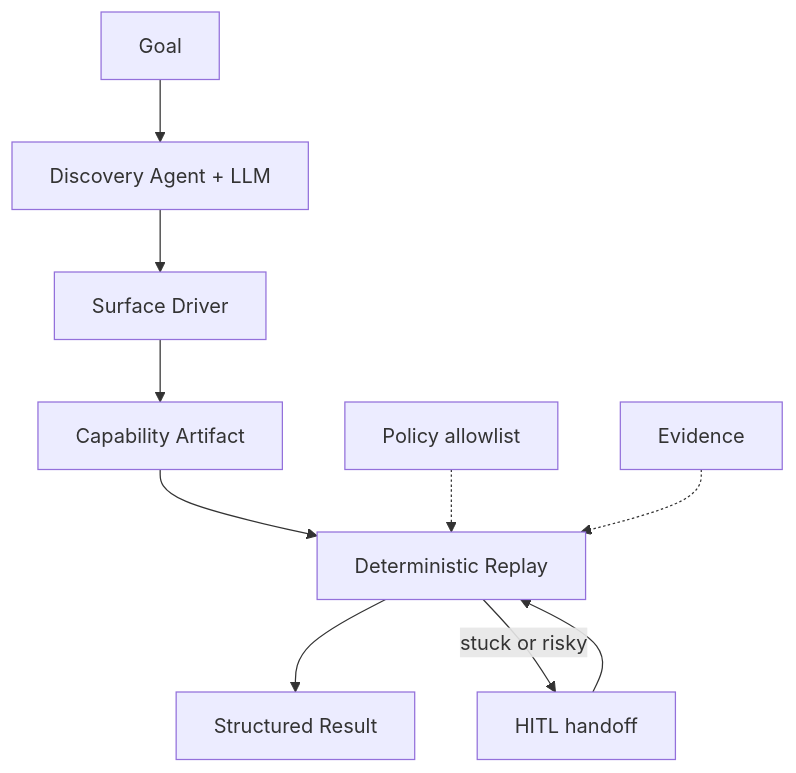
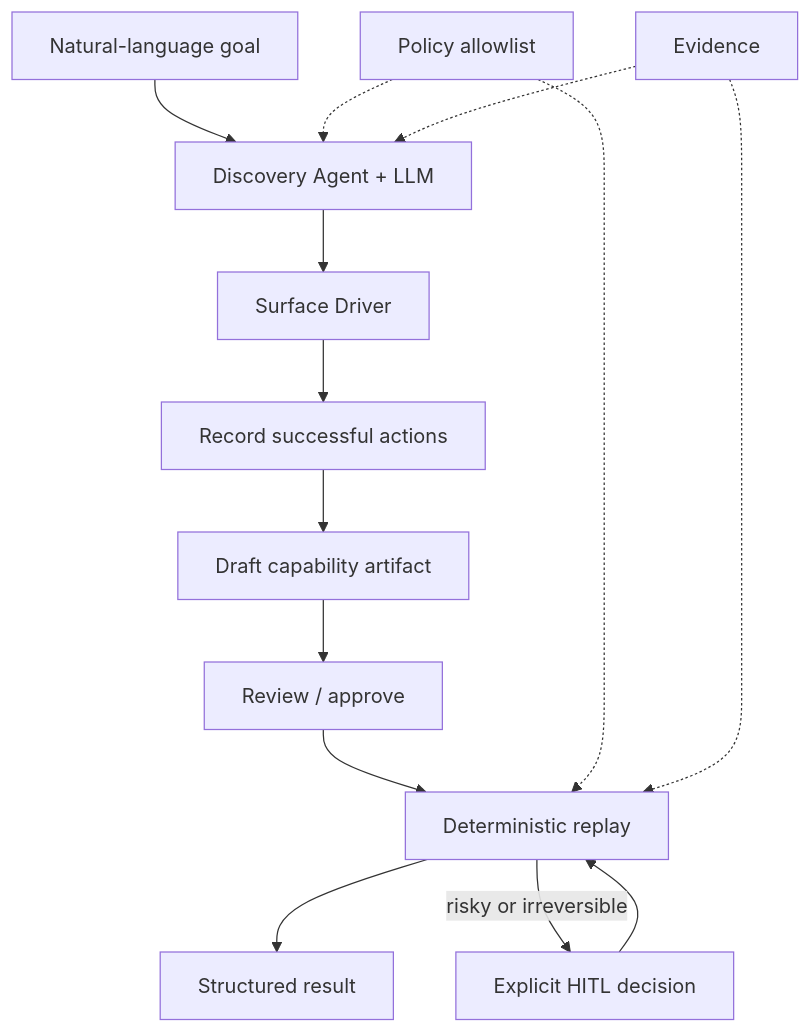
One commit to yashshah7575/computer-use-capability-engine changed the diagram in README.md. Above: the diagram before and after it, drawn with Mermaid. The commit also changed other lines of this file and 20 other files, not shown here.

First line of the commit message:
Record live discovery from executed LLM actions and require explicit HITL decisions.

````diff
--- a/README.md
+++ b/README.md
@@ -24,12 +24,16 @@
 ```mermaid
 flowchart TD
-  Goal[Goal] --> Discovery[Discovery Agent + LLM]
+  Goal[Natural-language goal] --> Discovery[Discovery Agent + LLM]
   Discovery --> Driver[Surface Driver]
-  Driver --> Artifact[Capability Artifact]
-  Artifact --> Replay[Deterministic Replay]
-  Replay --> Result[Structured Result]
-  Policy[Policy allowlist] -.-> Replay
-  Evidence[Evidence] -.-> Replay
-  Replay -->|stuck or risky| Hitl[HITL handoff]
+  Driver --> Recorder[Record successful actions]
+  Recorder --> Draft[Draft capability artifact]
+  Draft --> Approve[Review / approve]
+  Approve --> Replay[Deterministic replay]
+  Replay --> Result[Structured result]
+  Policy[Policy allowlist] -.-> Discovery
+  Policy -.-> Replay
+  Evidence[Evidence] -.-> Discovery
+  Evidence -.-> Replay
+  Replay -->|risky or irreversible| Hitl[Explicit HITL decision]
   Hitl --> Replay
 ```
````
